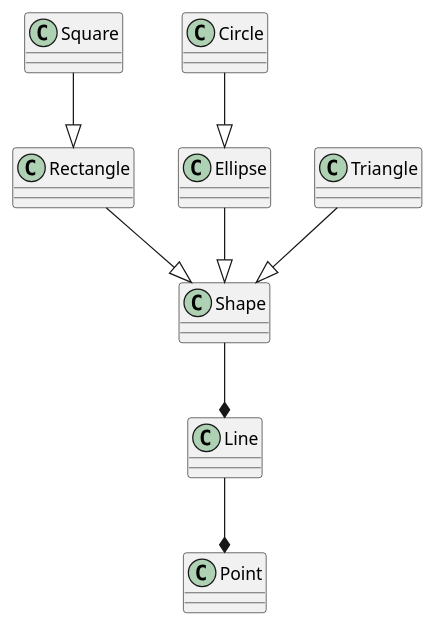
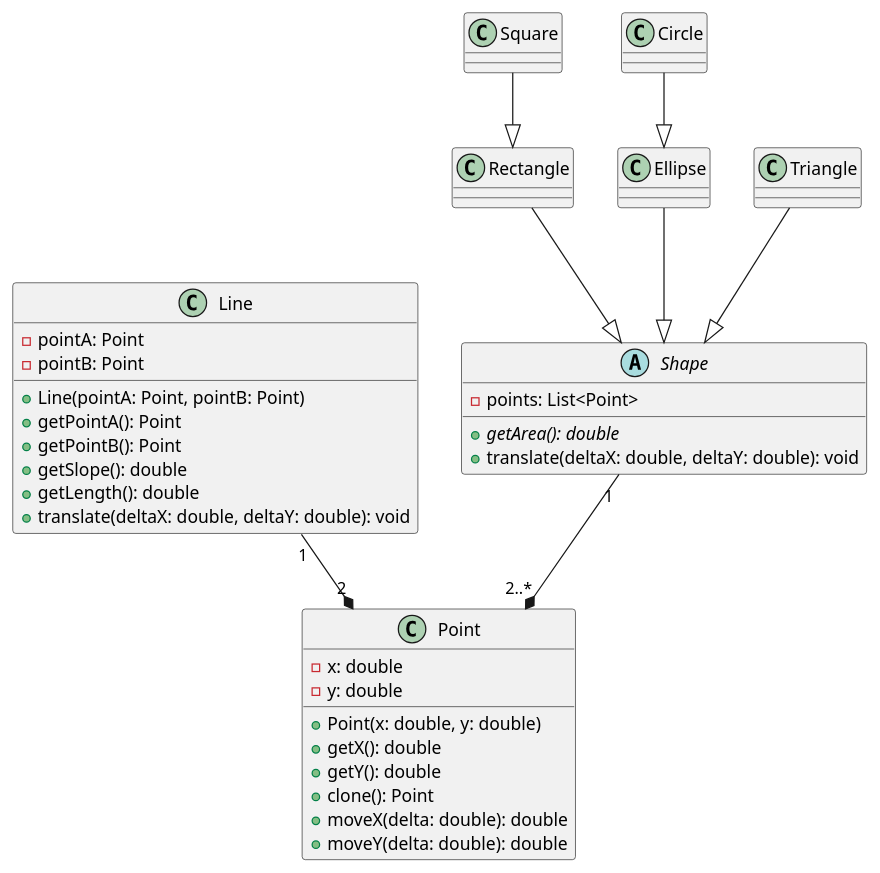
Before and after one commit to quality-liquid/cs5700-assn1-shapes: the diagram in diagrams/src/shapes-design.plantuml, drawn with PlantUML.

Commit message:
revised relationships between objects in design and added method and field definitions for points, lines, and shapes

```diff
--- a/diagrams/src/shapes-design.plantuml
+++ b/diagrams/src/shapes-design.plantuml
@@ -1,20 +1,46 @@
 @startuml
 
-class Shape
-class Point
-class Line
+
+class Point{
+    - x: double
+    - y: double
+    + Point(x: double, y: double)
+    + getX(): double
+    + getY(): double
+    + clone(): Point
+    + moveX(delta: double): double
+    + moveY(delta: double): double
+}
+
+class Line {
+    - pointA: Point
+    - pointB: Point
+    + Line(pointA: Point, pointB: Point)
+    + getPointA(): Point
+    + getPointB(): Point
+    + getSlope(): double
+    + getLength(): double
+    + translate(deltaX: double, deltaY: double): void
+}
+
+abstract class Shape {
+    - points: List<Point>
+    + {abstract} getArea(): double
+    + translate(deltaX: double, deltaY: double): void
+}
+
 class Rectangle
 class Square
 class Ellipse
 class Circle
 class Triangle
 
-Line --* Point
-Shape --* Line
+Shape "1" --* "2..*" Point
+Line "1" --* "2" Point
 Rectangle --|> Shape
 Square --|> Rectangle
 Ellipse --|> Shape
 Circle --|> Ellipse
 Triangle --|> Shape
 
 @enduml
```
